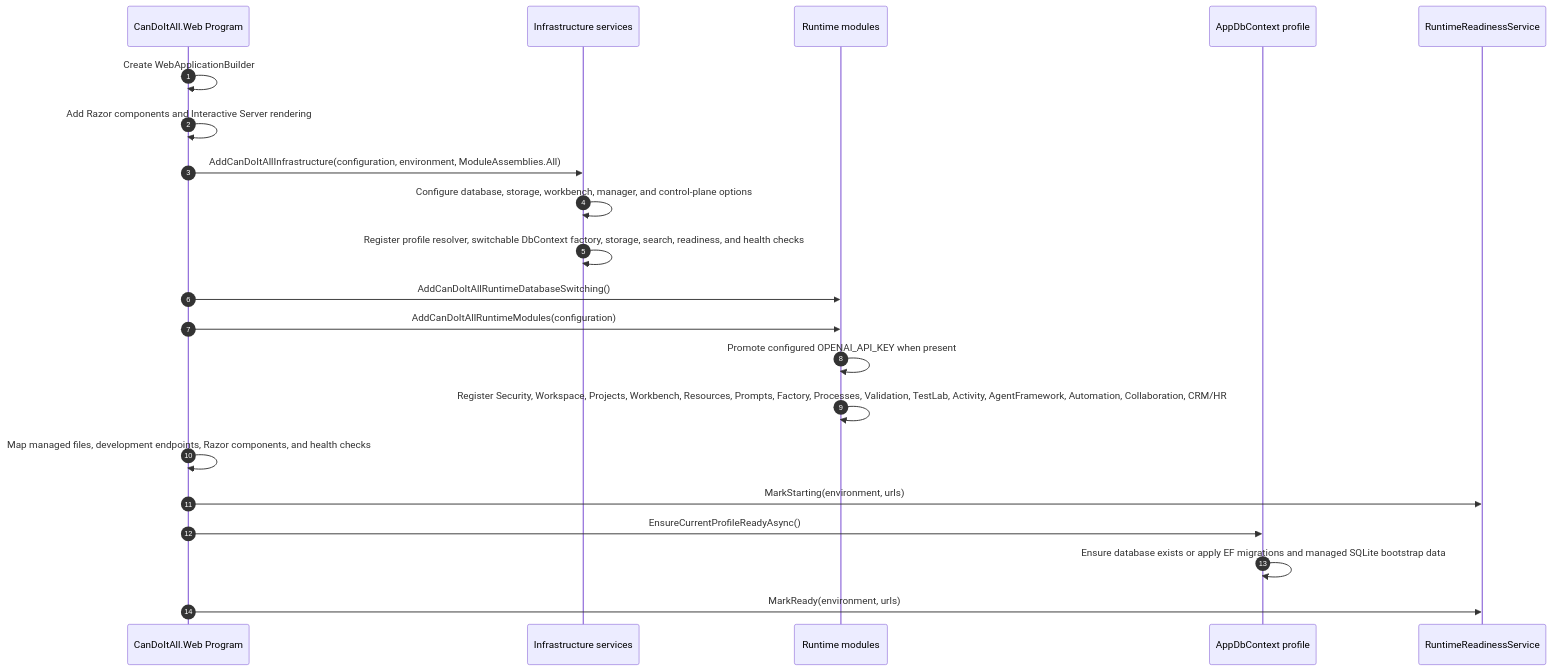
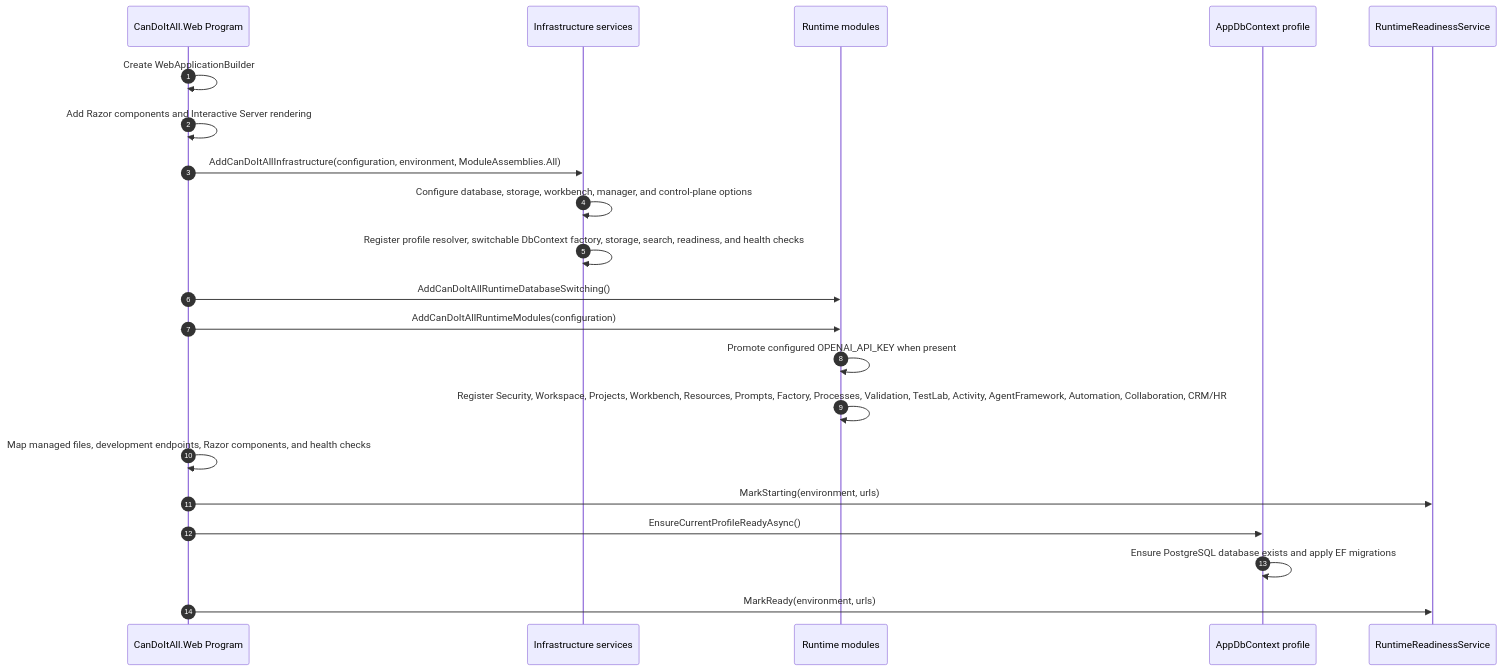
One commit to fyziktom/CanDoItAll changed the sixth of 8 diagrams in docs/architecture-beta.md. Above: the diagram before and after it, drawn with Mermaid. The commit also changed other lines of this file and 507 other files, not shown here.

````diff
--- a/docs/architecture-beta.md
+++ b/docs/architecture-beta.md
@@ -189,24 +189,24 @@
 ```mermaid
 sequenceDiagram
     autonumber
     participant Host as CanDoItAll.Web Program
     participant Infra as Infrastructure services
     participant Composition as Runtime modules
     participant Db as AppDbContext profile
     participant Readiness as RuntimeReadinessService
 
     Host->>Host: Create WebApplicationBuilder
     Host->>Host: Add Razor components and Interactive Server rendering
     Host->>Infra: AddCanDoItAllInfrastructure(configuration, environment, ModuleAssemblies.All)
     Infra->>Infra: Configure database, storage, workbench, manager, and control-plane options
     Infra->>Infra: Register profile resolver, switchable DbContext factory, storage, search, readiness, and health checks
     Host->>Composition: AddCanDoItAllRuntimeDatabaseSwitching()
     Host->>Composition: AddCanDoItAllRuntimeModules(configuration)
     Composition->>Composition: Promote configured OPENAI_API_KEY when present
     Composition->>Composition: Register Security, Workspace, Projects, Workbench, Resources, Prompts, Factory, Processes, Validation, TestLab, Activity, AgentFramework, Automation, Collaboration, CRM/HR
     Host->>Host: Map managed files, development endpoints, Razor components, and health checks
     Host->>Readiness: MarkStarting(environment, urls)
     Host->>Db: EnsureCurrentProfileReadyAsync()
-    Db->>Db: Ensure database exists or apply EF migrations and managed SQLite bootstrap data
+    Db->>Db: Ensure PostgreSQL database exists and apply EF migrations
     Host->>Readiness: MarkReady(environment, urls)
 ```
````
